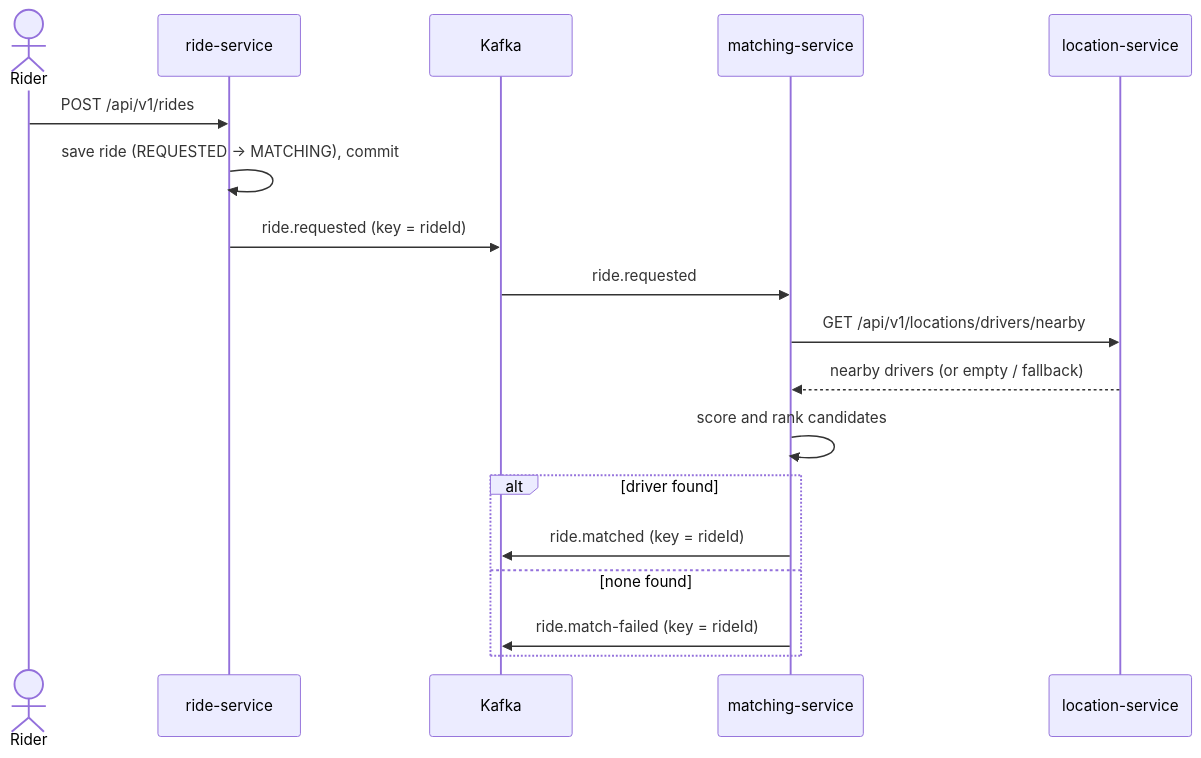
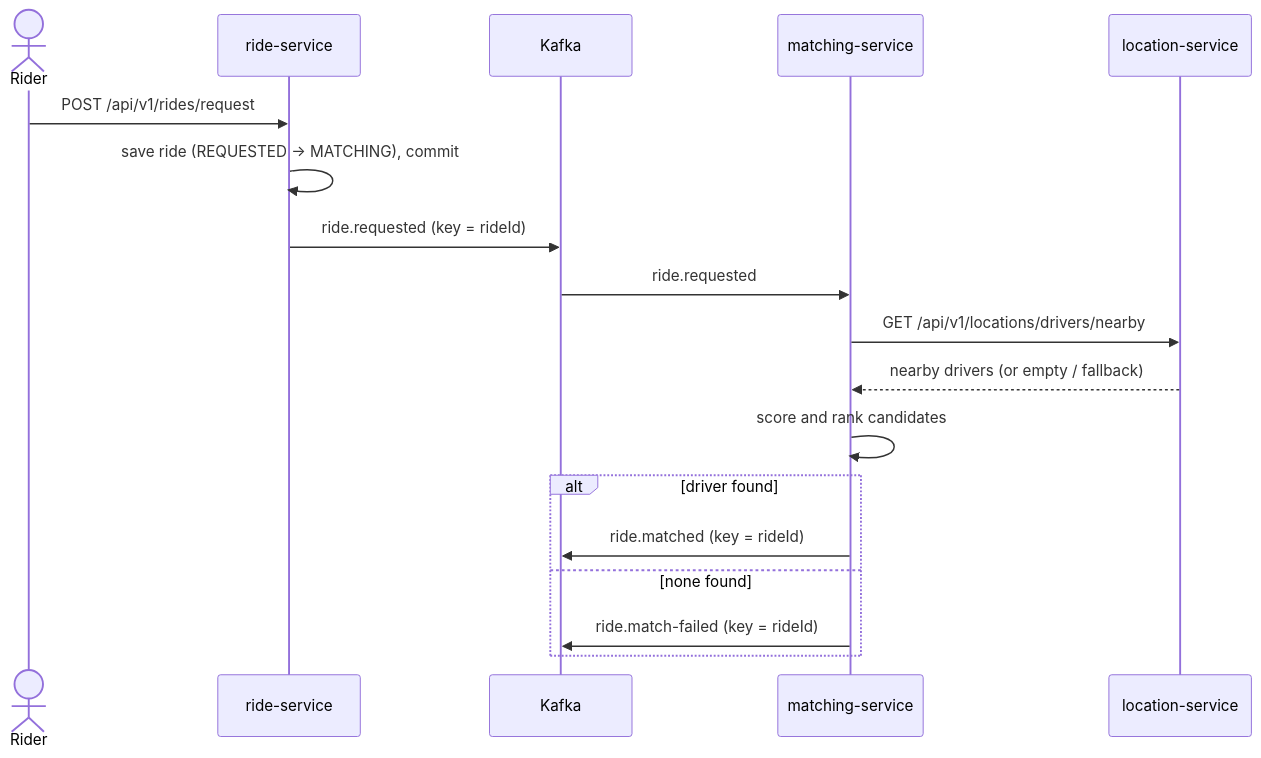
The diagram in docs/api/matching-service.md (ayushstwt/rideflow-microservices), drawn with Mermaid before and after one commit. The commit also changed 14 other files, not shown here.

````diff
--- a/docs/api/matching-service.md
+++ b/docs/api/matching-service.md
@@ -7,21 +7,21 @@
 ```mermaid
 sequenceDiagram
     actor Rider
     participant RS as ride-service
     participant K as Kafka
     participant MS as matching-service
     participant LS as location-service
 
-    Rider->>RS: POST /api/v1/rides
+    Rider->>RS: POST /api/v1/rides/request
     RS->>RS: save ride (REQUESTED -> MATCHING), commit
     RS->>K: ride.requested (key = rideId)
     K->>MS: ride.requested
     MS->>LS: GET /api/v1/locations/drivers/nearby
     LS-->>MS: nearby drivers (or empty / fallback)
     MS->>MS: score and rank candidates
     alt driver found
         MS->>K: ride.matched (key = rideId)
     else none found
         MS->>K: ride.match-failed (key = rideId)
     end
 ```
````
